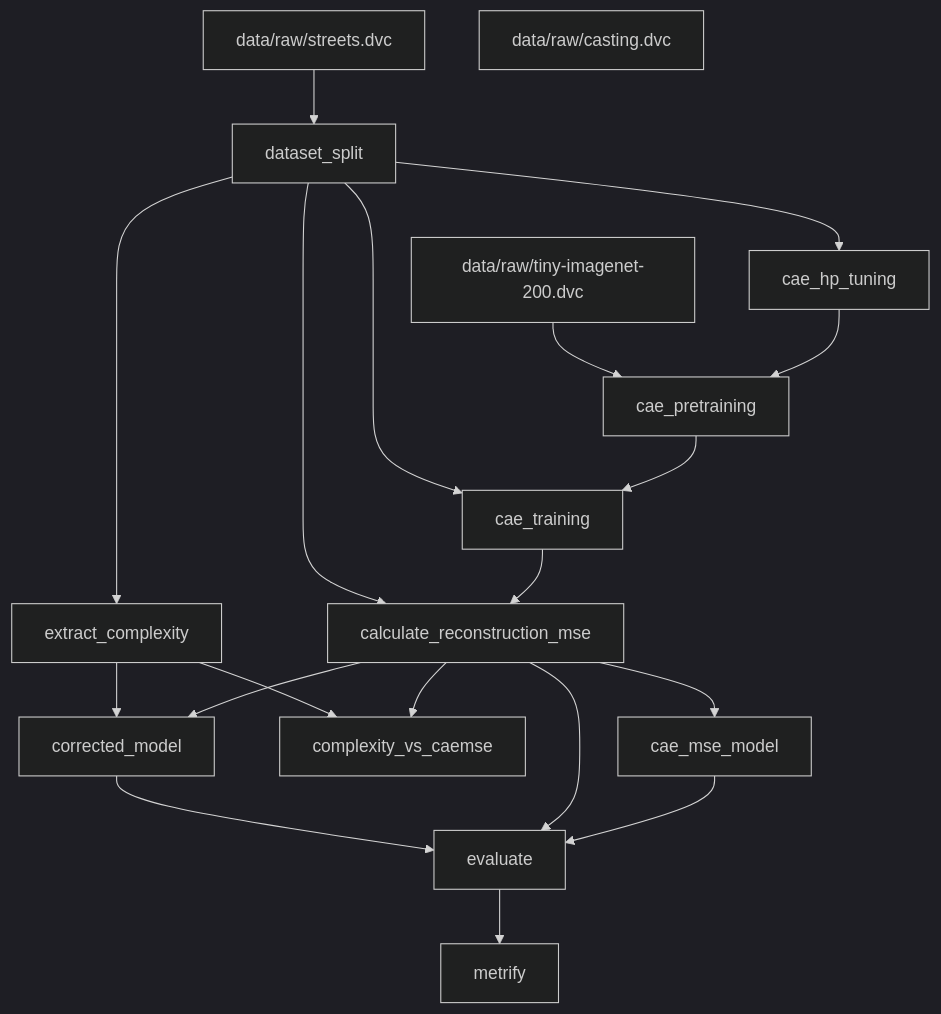
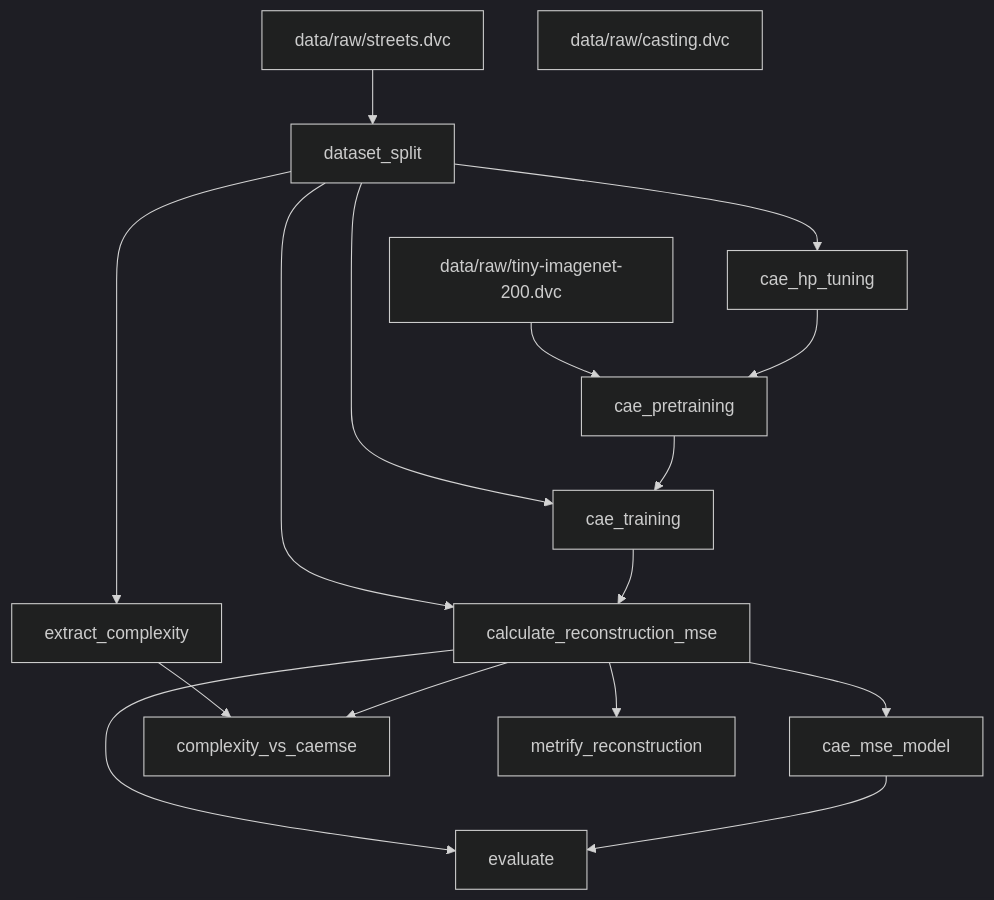
The diagram in visualisation/dag.md (alexsandercaac/img-complexity-cae), drawn with Mermaid (dark theme) before and after one commit. The commit also changed 4 other files, not shown here.

Commit message:
Removed corrected model stage to reduce data clutter

````diff
--- a/visualisation/dag.md
+++ b/visualisation/dag.md
@@ -1,35 +1,31 @@
 ```mermaid
 flowchart TD
 	node1["cae_hp_tuning"]
 	node2["cae_mse_model"]
 	node3["cae_pretraining"]
 	node4["cae_training"]
 	node5["calculate_reconstruction_mse"]
 	node6["complexity_vs_caemse"]
-	node7["corrected_model"]
-	node8["data/raw/streets.dvc"]
-	node9["data/raw/tiny-imagenet-200.dvc"]
-	node10["dataset_split"]
-	node11["evaluate"]
-	node12["extract_complexity"]
-	node13["metrify"]
+	node7["data/raw/streets.dvc"]
+	node8["data/raw/tiny-imagenet-200.dvc"]
+	node9["dataset_split"]
+	node10["evaluate"]
+	node11["extract_complexity"]
+	node12["metrify_reconstruction"]
 	node1-->node3
-	node2-->node11
+	node2-->node10
 	node3-->node4
 	node4-->node5
 	node5-->node2
 	node5-->node6
-	node5-->node7
-	node5-->node11
-	node7-->node11
-	node8-->node10
-	node9-->node3
-	node10-->node1
-	node10-->node4
-	node10-->node5
-	node10-->node12
-	node11-->node13
-	node12-->node6
-	node12-->node7
-	node14["data/raw/casting.dvc"]
+	node5-->node10
+	node5-->node12
+	node7-->node9
+	node8-->node3
+	node9-->node1
+	node9-->node4
+	node9-->node5
+	node9-->node11
+	node11-->node6
+	node13["data/raw/casting.dvc"]
 ```
````
